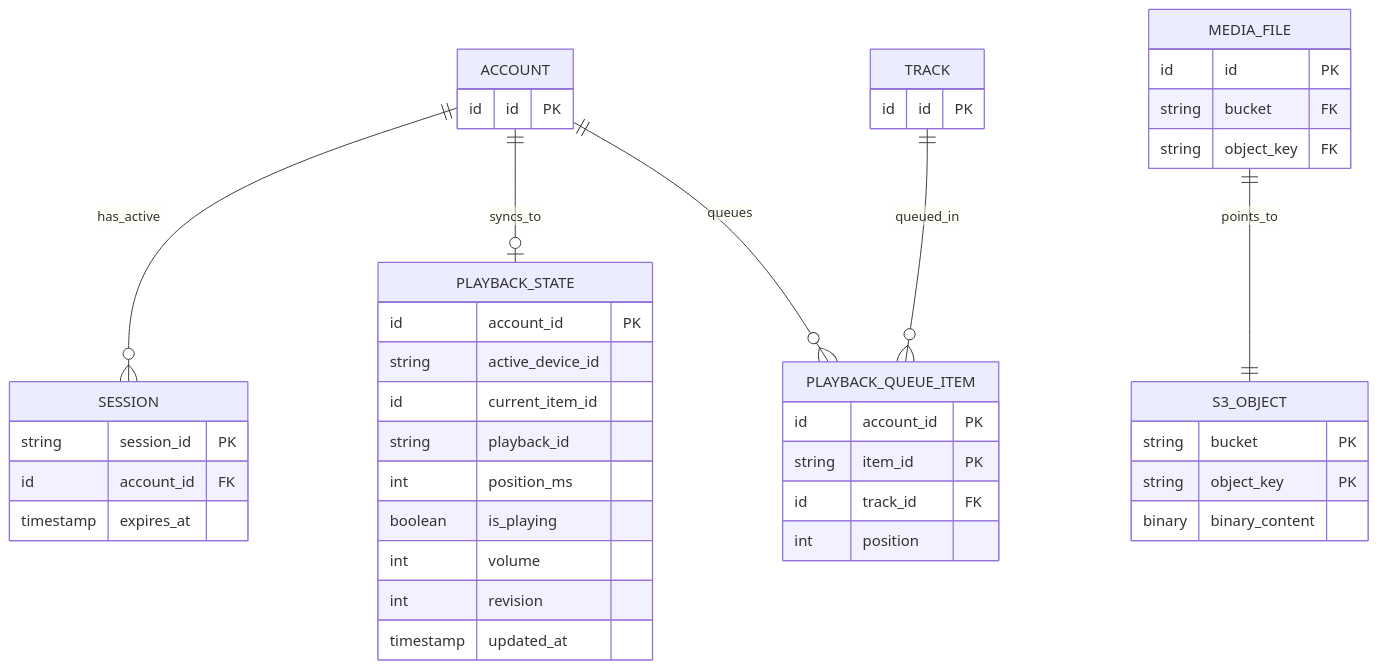
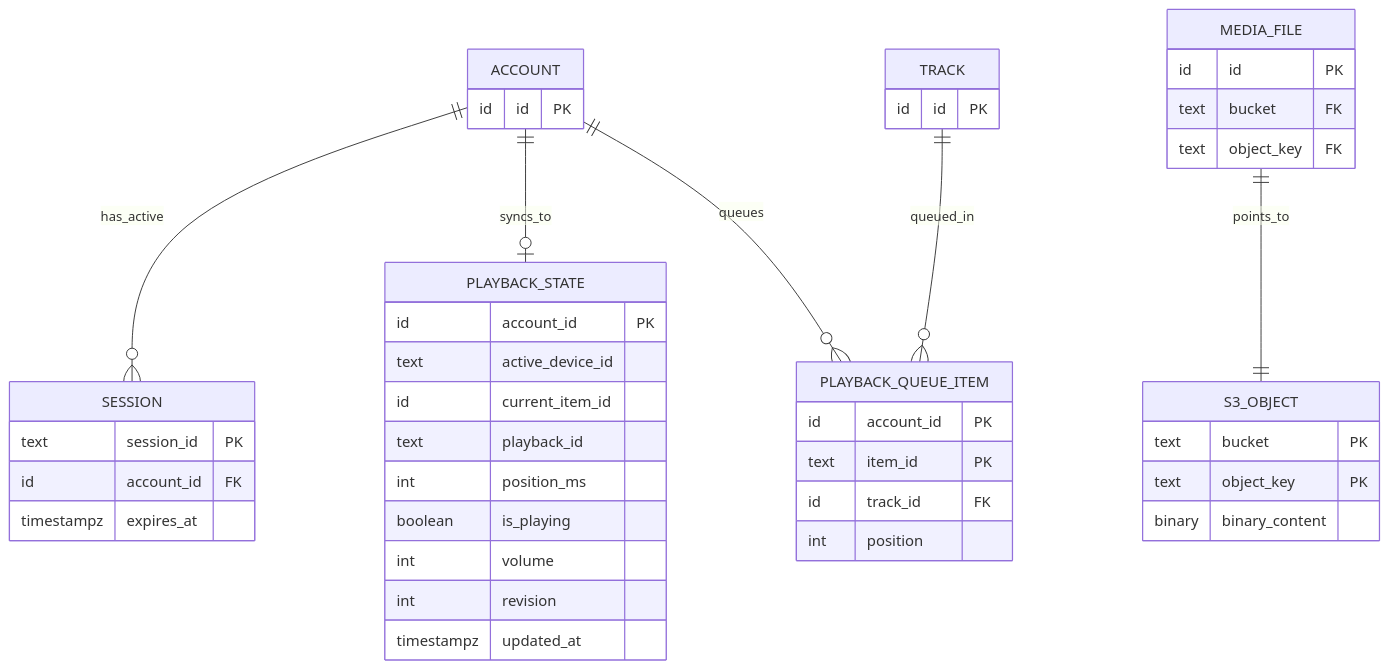
Before and after one commit to go-park-mail-ru/2026_2_Na_Vse_200: the fourth of 4 diagrams in db/normalized/er.md, drawn with Mermaid. The commit also changed other lines of this file, not shown here.

Commit message:
Изменен тип string на text

````diff
--- a/db/normalized/er.md
+++ b/db/normalized/er.md
@@ -156,47 +156,47 @@
 ```mermaid
 erDiagram
     ACCOUNT {
         id id PK
     }
     TRACK {
         id id PK
     }
     MEDIA_FILE {
         id id PK
-        string bucket FK
-        string object_key FK
+        text bucket FK
+        text object_key FK
     }
     SESSION {
-        string session_id PK
+        text session_id PK
         id account_id FK
-        timestamp expires_at
+        timestampz expires_at
     }
     PLAYBACK_STATE {
         id account_id PK
-        string active_device_id
+        text active_device_id
         id current_item_id
-        string playback_id
+        text playback_id
         int position_ms
         boolean is_playing
         int volume
         int revision
-        timestamp updated_at
+        timestampz updated_at
     }
     PLAYBACK_QUEUE_ITEM {
         id account_id PK
-        string item_id PK
+        text item_id PK
         id track_id FK
         int position
     }
     S3_OBJECT {
-        string bucket PK
-        string object_key PK
+        text bucket PK
+        text object_key PK
         binary binary_content
     }
 
     ACCOUNT ||--o{ SESSION : "has_active"
     ACCOUNT ||--o| PLAYBACK_STATE : "syncs_to"
     ACCOUNT ||--o{ PLAYBACK_QUEUE_ITEM : "queues"
     TRACK ||--o{ PLAYBACK_QUEUE_ITEM : "queued_in"
     MEDIA_FILE ||--|| S3_OBJECT : "points_to"
 ```
````
